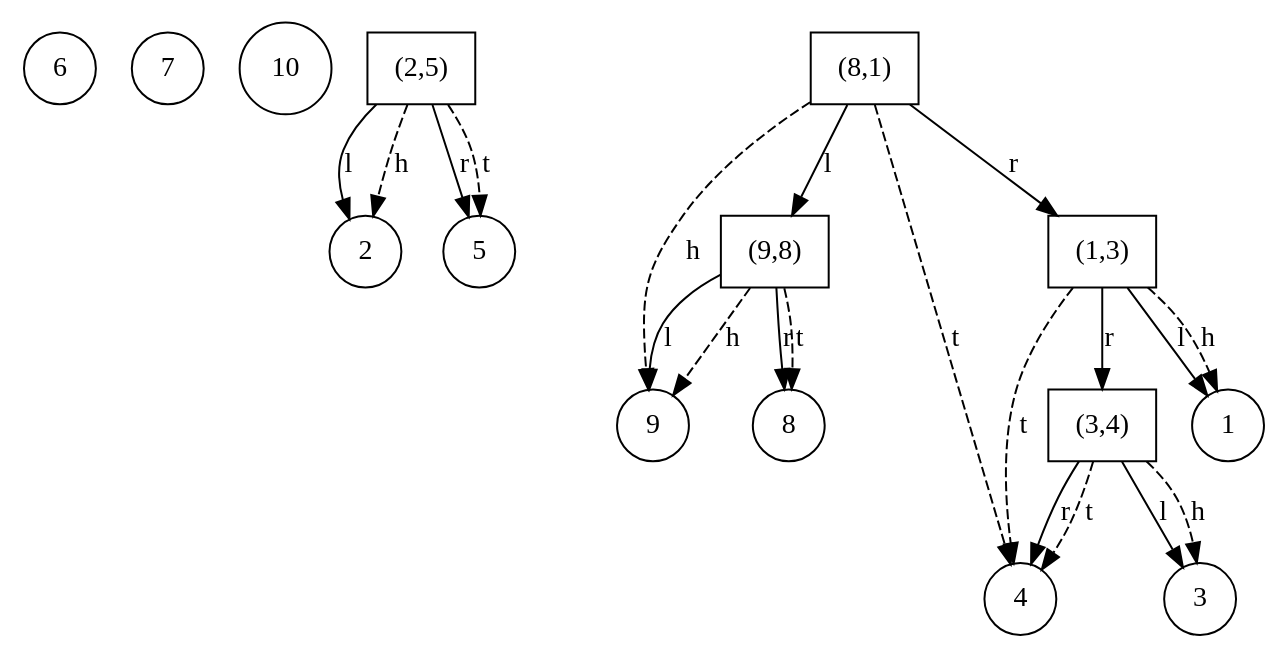
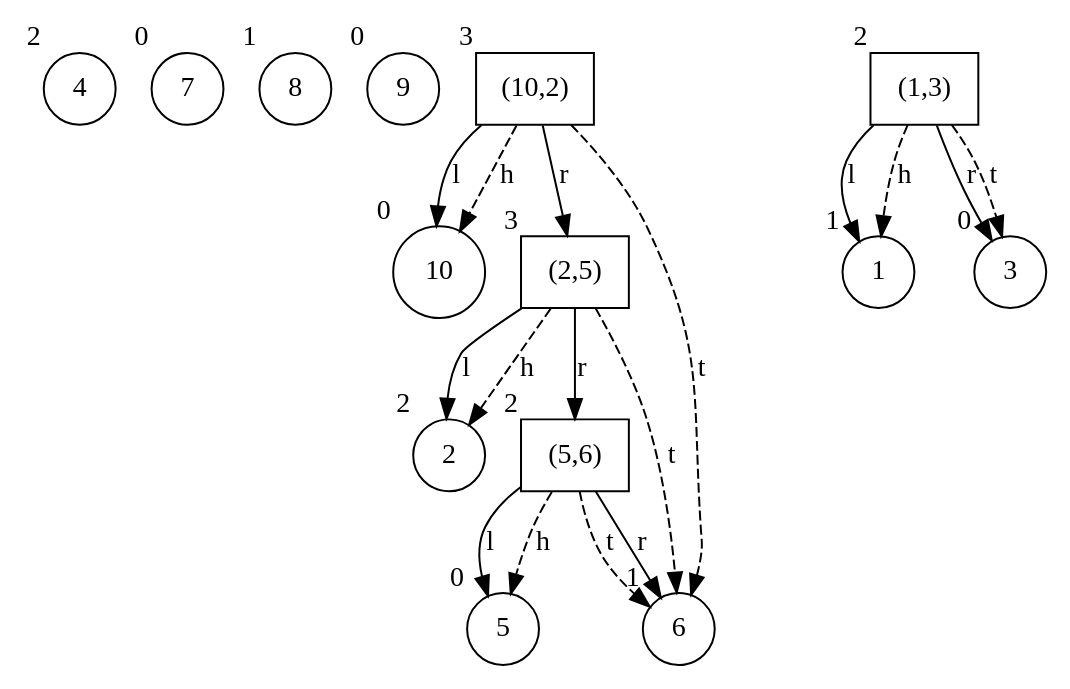
Before and after one commit to Musab1Blaser/DynamicTrees_NF: the diagram in internal_graph.dot, drawn with Graphviz. The commit also changed 3 other files, not shown here.

```diff
--- a/internal_graph.dot
+++ b/internal_graph.dot
@@ -1,37 +1,32 @@
 digraph G {
-6 [shape=circle];
-7 [shape=circle];
-10 [shape=circle];
-"(2,5)" [shape=box];
-2 [shape=circle];
+4 [shape=circle,xlabel=2];
+7 [shape=circle,xlabel=0];
+8 [shape=circle,xlabel=1];
+9 [shape=circle,xlabel=0];
+"(10,2)" [shape=box,xlabel=3];
+10 [shape=circle,xlabel=0];
+"(10,2)" -> 10 [label=l];
+"(10,2)" -> "(2,5)" [label=r];
+"(10,2)" -> 10 [style=dashed, label = h];
+"(10,2)" -> 6 [style=dashed, label = t];
+"(2,5)" [shape=box,xlabel=3];
+2 [shape=circle,xlabel=2];
 "(2,5)" -> 2 [label=l];
-5 [shape=circle];
-"(2,5)" -> 5 [label=r];
+"(2,5)" -> "(5,6)" [label=r];
 "(2,5)" -> 2 [style=dashed, label = h];
-"(2,5)" -> 5 [style=dashed, label = t];
-"(8,1)" [shape=box];
-"(8,1)" -> "(9,8)" [label=l];
-"(8,1)" -> "(1,3)" [label=r];
-"(8,1)" -> 9 [style=dashed, label = h];
-"(8,1)" -> 4 [style=dashed, label = t];
-"(9,8)" [shape=box];
-9 [shape=circle];
-"(9,8)" -> 9 [label=l];
-8 [shape=circle];
-"(9,8)" -> 8 [label=r];
-"(9,8)" -> 9 [style=dashed, label = h];
-"(9,8)" -> 8 [style=dashed, label = t];
-"(1,3)" [shape=box];
-1 [shape=circle];
+"(2,5)" -> 6 [style=dashed, label = t];
+"(5,6)" [shape=box,xlabel=2];
+5 [shape=circle,xlabel=0];
+"(5,6)" -> 5 [label=l];
+6 [shape=circle,xlabel=1];
+"(5,6)" -> 6 [label=r];
+"(5,6)" -> 5 [style=dashed, label = h];
+"(5,6)" -> 6 [style=dashed, label = t];
+"(1,3)" [shape=box,xlabel=2];
+1 [shape=circle,xlabel=1];
 "(1,3)" -> 1 [label=l];
-"(1,3)" -> "(3,4)" [label=r];
+3 [shape=circle,xlabel=0];
+"(1,3)" -> 3 [label=r];
 "(1,3)" -> 1 [style=dashed, label = h];
-"(1,3)" -> 4 [style=dashed, label = t];
-"(3,4)" [shape=box];
-3 [shape=circle];
-"(3,4)" -> 3 [label=l];
-4 [shape=circle];
-"(3,4)" -> 4 [label=r];
-"(3,4)" -> 3 [style=dashed, label = h];
-"(3,4)" -> 4 [style=dashed, label = t];
+"(1,3)" -> 3 [style=dashed, label = t];
 }
```
